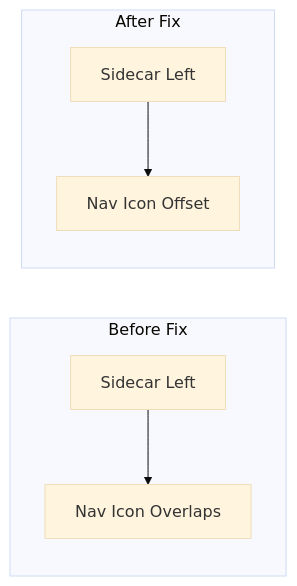
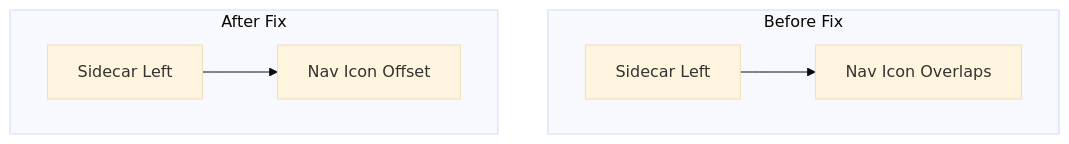
The diagram in docs/releases/v3.0.0/features/opensearch-dashboards/ui-ux-improvements.md (tkykenmt/opensearch-feature-explorer), drawn with Mermaid (base theme) before and after one commit. The commit also changed 52 other files, not shown here.

Commit message:
fix: change Mermaid diagrams from LR to TB for better readability

````diff
--- a/docs/releases/v3.0.0/features/opensearch-dashboards/ui-ux-improvements.md
+++ b/docs/releases/v3.0.0/features/opensearch-dashboards/ui-ux-improvements.md
@@ -19,9 +19,9 @@
 ```mermaid
-graph LR
+graph TB
     subgraph "Before Fix"
         A1[Sidecar Left] --> B1[Nav Icon Overlaps]
     end
     subgraph "After Fix"
         A2[Sidecar Left] --> B2[Nav Icon Offset]
     end
 ```
````
